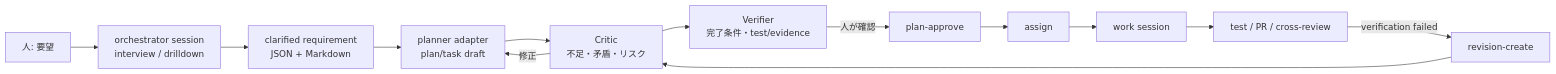
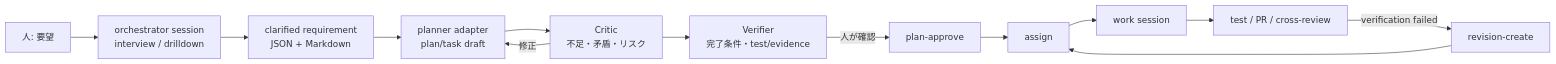
The diagram in docs/orchestrator-ai-phase-plan.md (aidabo/agent-workflow), drawn with Mermaid before and after one commit. The commit also changed other lines of this file and 1 other file, not shown here.

````diff
--- a/docs/orchestrator-ai-phase-plan.md
+++ b/docs/orchestrator-ai-phase-plan.md
@@ -9,15 +9,15 @@
 ```mermaid
 flowchart LR
   H[人: 要望] --> I[orchestrator session\ninterview / drilldown]
   I --> R[clarified requirement\nJSON + Markdown]
   R --> P[planner adapter\nplan/task draft]
   P --> C[Critic\n不足・矛盾・リスク]
   C -->|修正| P
   C --> V[Verifier\n完了条件・test/evidence]
   V -->|人が確認| A[plan-approve]
   A --> S[assign]
   S --> W[work session]
   W --> E[test / PR / cross-review]
   E -->|verification failed| X[revision-create]
-  X --> C
+  X --> S
 ```
````
